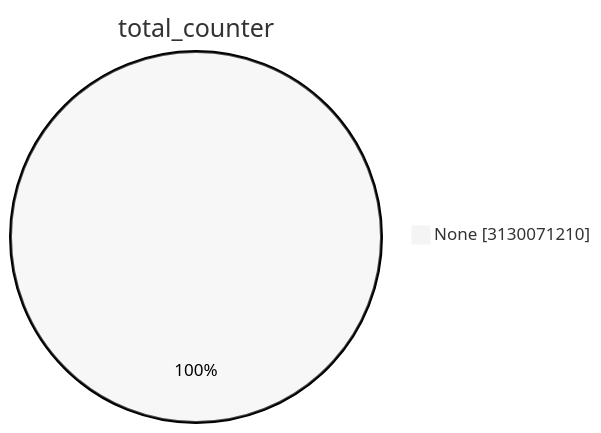
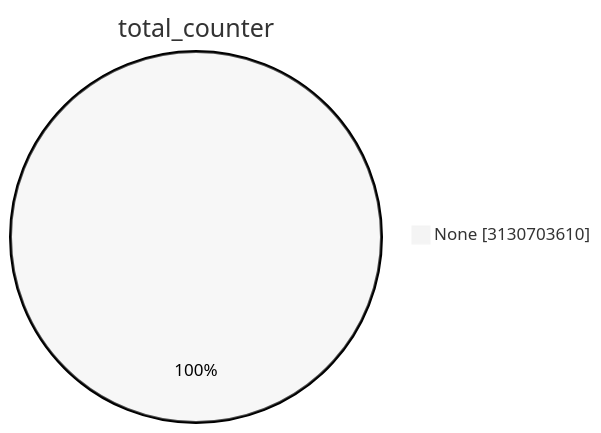
Before and after one commit to christiankrug/ctmonitor_visualization: the first of 15 diagrams in TOTAL/README.md, drawn with Mermaid (neutral theme). The commit also changed other lines of this file, not shown here.

````diff
--- a/TOTAL/README.md
+++ b/TOTAL/README.md
@@ -1,5 +1,5 @@
 ```mermaid
 pie showData
 title total_counter
-"None" :3130071210
+"None" :3130703610
 ```
````
